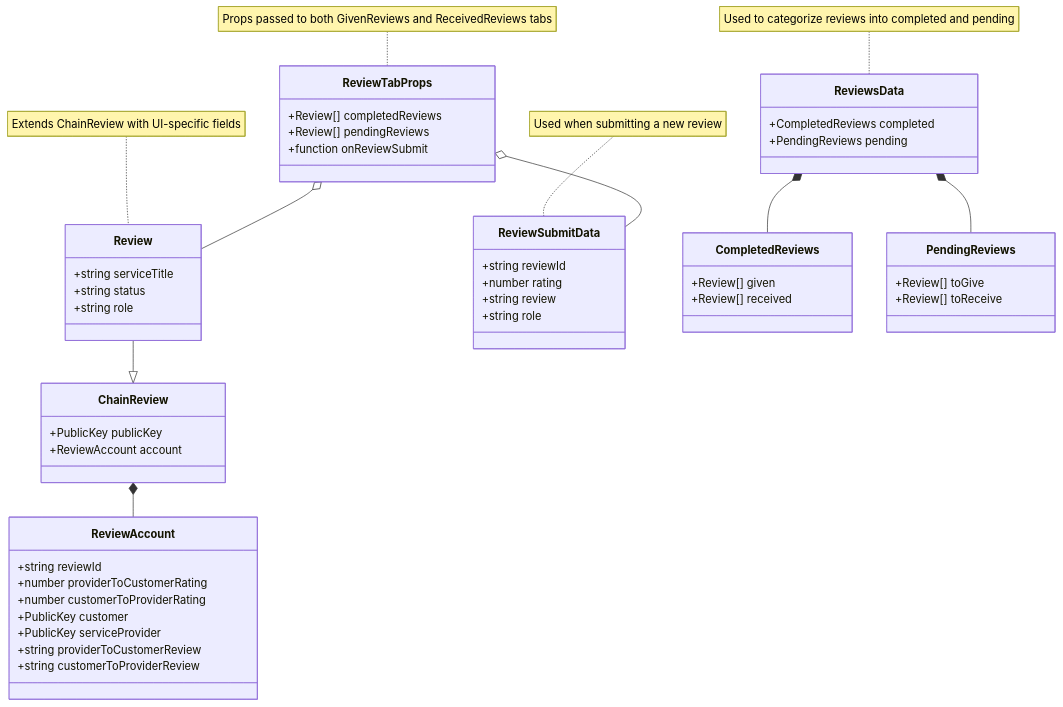
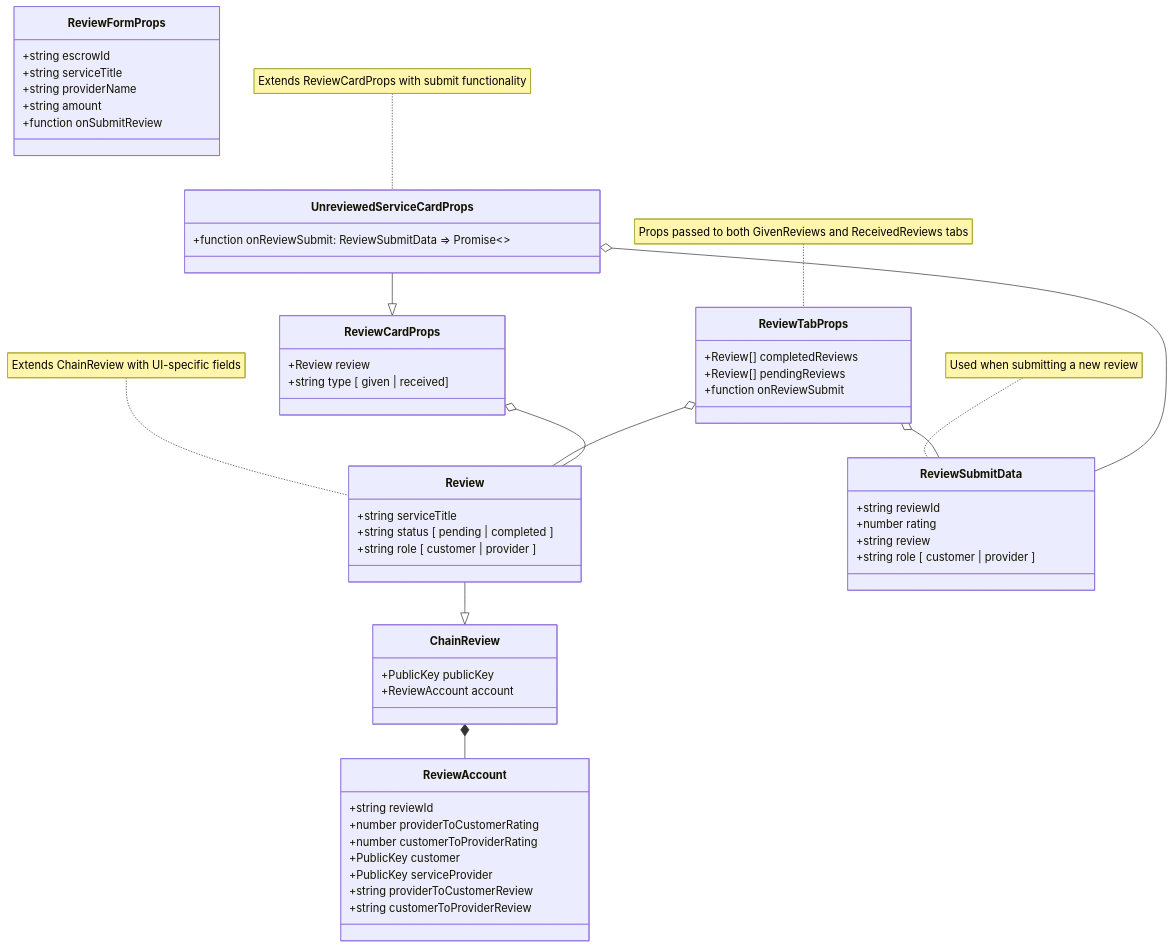
The diagram in web/components/review/review-interfaces.md (Gigentic/gigentic-frontend), drawn with Mermaid before and after one commit. The commit also changed 2 other files, not shown here.

Commit message:
update review diagrams

````diff
--- a/web/components/review/review-interfaces.md
+++ b/web/components/review/review-interfaces.md
@@ -1,63 +1,68 @@
 ```mermaid
 classDiagram
+
+    class ReviewFormProps {
+        +string escrowId
+        +string serviceTitle
+        +string providerName
+        +string amount
+        +function onSubmitReview
+    }
+
+    class ReviewTabProps {
+        +Review[] completedReviews
+        +Review[] pendingReviews
+        +function onReviewSubmit
+    }
+
+    class Review {
+        +string serviceTitle
+        +string status [ pending | completed ]
+        +string role [ customer | provider ]
+    }
+
     class ChainReview {
         +PublicKey publicKey
         +ReviewAccount account
     }
 
     class ReviewAccount {
         +string reviewId
         +number providerToCustomerRating
         +number customerToProviderRating
         +PublicKey customer
         +PublicKey serviceProvider
         +string providerToCustomerReview
         +string customerToProviderReview
     }
 
-    class Review {
-        +string serviceTitle
-        +string status
-        +string role
-    }
-
     class ReviewSubmitData {
         +string reviewId
         +number rating
         +string review
-        +string role
+        +string role [ customer | provider ]
     }
 
-    class ReviewsData {
-        +CompletedReviews completed
-        +PendingReviews pending
+    class ReviewCardProps {
+        +Review review
+        +string type [ given | received]
     }
 
-    class CompletedReviews {
-        +Review[] given
-        +Review[] received
-    }
-
-    class PendingReviews {
-        +Review[] toGive
-        +Review[] toReceive
-    }
-
-    class ReviewTabProps {
-        +Review[] completedReviews
-        +Review[] pendingReviews
-        +function onReviewSubmit
+    class UnreviewedServiceCardProps {
+        +function onReviewSubmit: ReviewSubmitData => Promise<>
     }
 
     ChainReview *-- ReviewAccount
     Review --|> ChainReview
-    ReviewsData *-- CompletedReviews
-    ReviewsData *-- PendingReviews
+    UnreviewedServiceCardProps --|> ReviewCardProps
+
     ReviewTabProps o-- Review
     ReviewTabProps o-- ReviewSubmitData
+    ReviewCardProps o-- Review
+    UnreviewedServiceCardProps o-- ReviewSubmitData
 
     note for Review "Extends ChainReview with UI-specific fields"
     note for ReviewSubmitData "Used when submitting a new review"
     note for ReviewTabProps "Props passed to both GivenReviews and ReceivedReviews tabs"
-    note for ReviewsData "Used to categorize reviews into completed and pending"
+    note for UnreviewedServiceCardProps "Extends ReviewCardProps with submit functionality"
 ```
````
